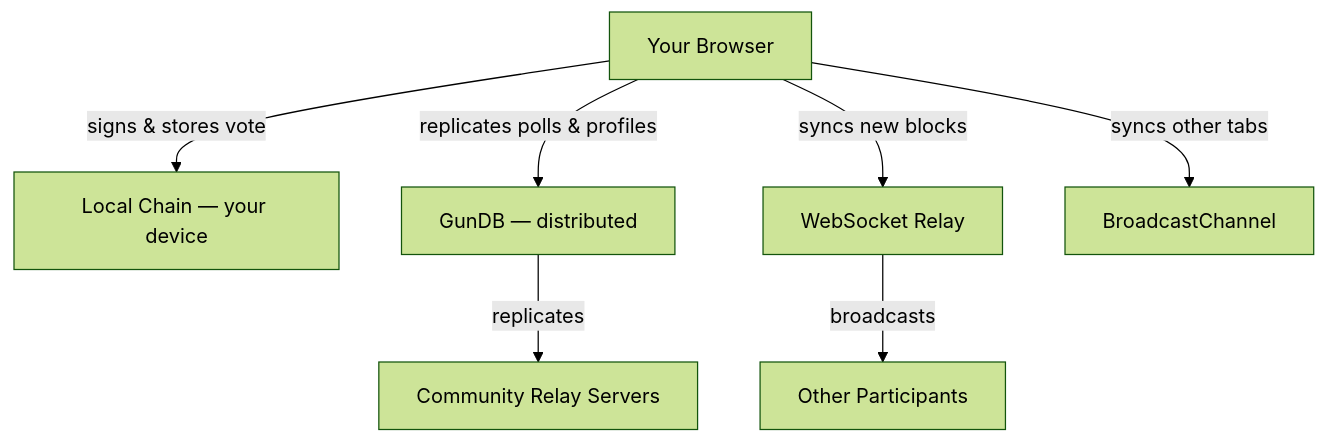
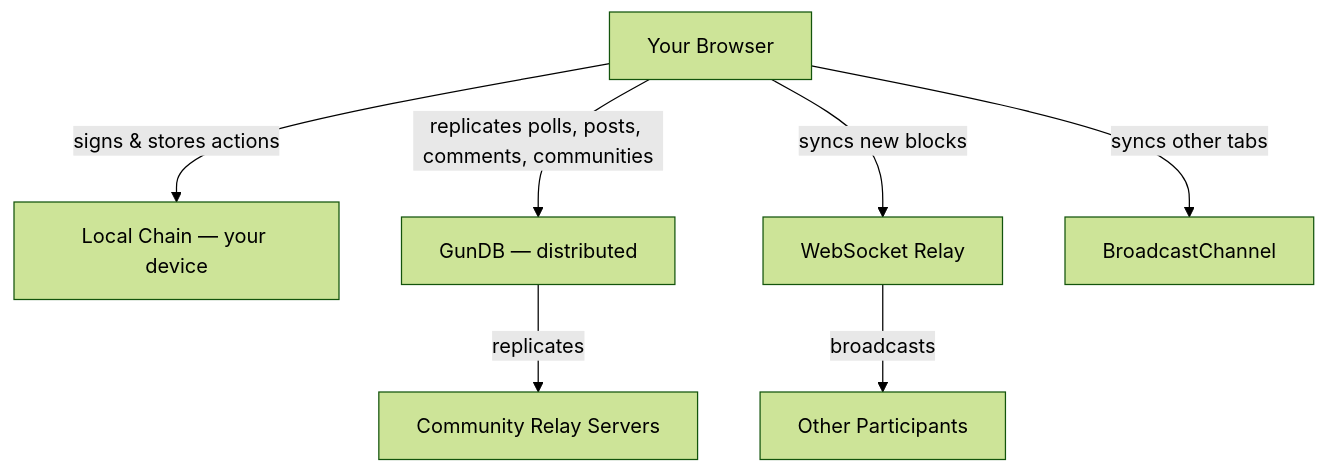
Before and after one commit to Interpoll1/decentralised: the first of 2 diagrams in README.md, drawn with Mermaid (forest theme). The commit also changed other lines of this file, not shown here.

First line of the commit message:
docs: rebalance README to highlight posts and comments

````diff
--- a/README.md
+++ b/README.md
@@ -63,9 +65,9 @@
 ```mermaid
 graph TD
-    A[Your Browser] -->|signs & stores vote| B[Local Chain — your device]
-    A -->|replicates polls & profiles| C[GunDB — distributed]
+    A[Your Browser] -->|signs & stores actions| B[Local Chain — your device]
+    A -->|replicates polls, posts, comments, communities| C[GunDB — distributed]
     A -->|syncs new blocks| D[WebSocket Relay]
     A -->|syncs other tabs| E[BroadcastChannel]
     D -->|broadcasts| F[Other Participants]
     C -->|replicates| G[Community Relay Servers]
 ```
````
